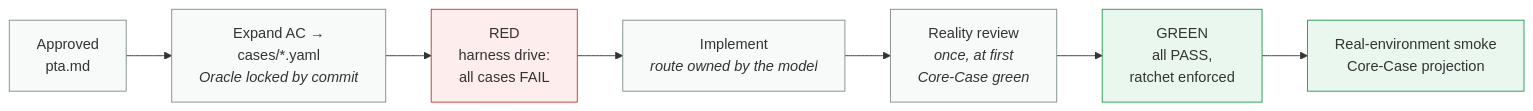
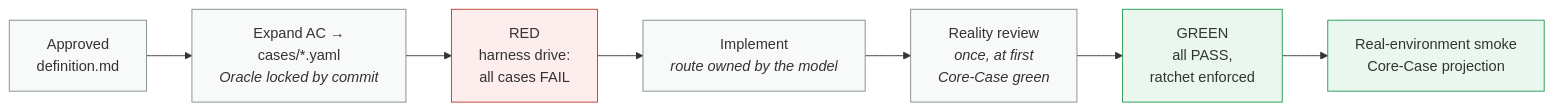
One commit to wallkop/opc-develop changed the second of 2 diagrams in README.md. Above: the diagram before and after it, drawn with Mermaid. The commit also changed other lines of this file and 12 other files, not shown here.

First line of the commit message:
rename: PTA/产品真相 → 产品定义 (Product Definition), pta.md → definition.md

````diff
--- a/README.md
+++ b/README.md
@@ -381,16 +381,16 @@
 ```mermaid
 flowchart LR
-  A["Approved<br/>pta.md"] --> B["Expand AC →<br/>cases/*.yaml<br/><i>Oracle locked by commit</i>"]
+  A["Approved<br/>definition.md"] --> B["Expand AC →<br/>cases/*.yaml<br/><i>Oracle locked by commit</i>"]
   B --> C["RED<br/>harness drive:<br/>all cases FAIL"]
   C --> D["Implement<br/><i>route owned by the model</i>"]
   D --> E["Reality review<br/><i>once, at first<br/>Core-Case green</i>"]
   E --> F["GREEN<br/>all PASS,<br/>ratchet enforced"]
   F --> G["Real-environment smoke<br/>Core-Case projection"]
 
   classDef red fill:#fdedec,stroke:#c0392b,color:#333
   classDef green fill:#e9f7ef,stroke:#229954,color:#333
   classDef neutral fill:#f8f9f9,stroke:#7f8c8d,color:#333
   class C red
   class F,G green
   class A,B,D,E neutral
 ```
````
